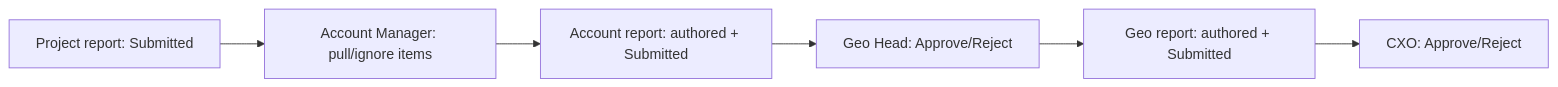
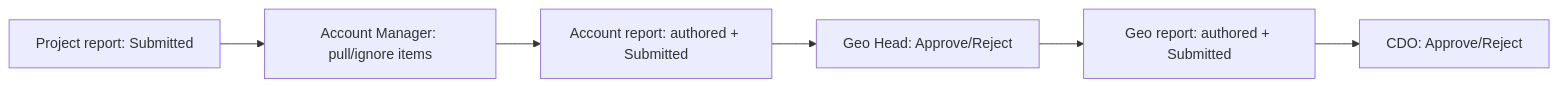
Before and after one commit to gharibct/BCTProjectGovernance: the fifth of 10 diagrams in product-brain/02_end_to_end_business_processes.md, drawn with Mermaid. The commit also changed other lines of this file and 198 other files, not shown here.

````diff
--- a/product-brain/02_end_to_end_business_processes.md
+++ b/product-brain/02_end_to_end_business_processes.md
@@ -307,8 +307,8 @@
 ```mermaid
 flowchart LR
     P[Project report: Submitted] --> AM[Account Manager: pull/ignore items]
     AM --> AR[Account report: authored + Submitted]
     AR --> GH[Geo Head: Approve/Reject]
     GH --> GR[Geo report: authored + Submitted]
-    GR --> CX[CXO: Approve/Reject]
+    GR --> CX[CDO: Approve/Reject]
 ```
````
